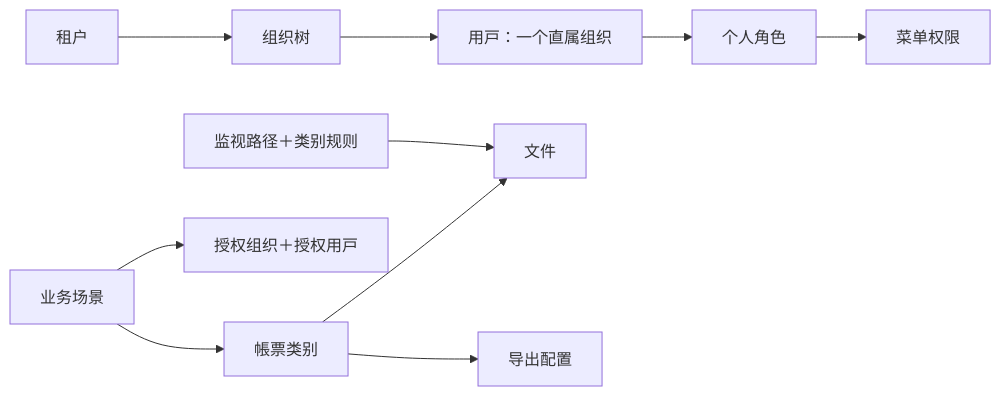
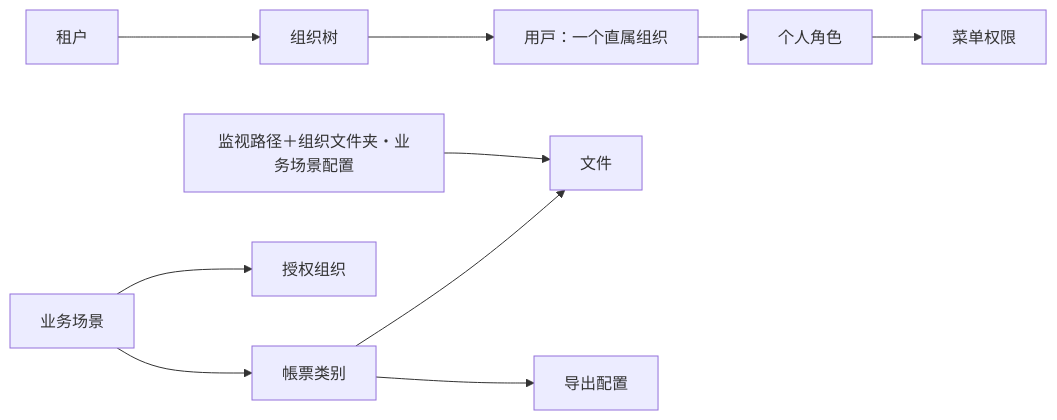
Before and after one commit to aruirage/Densan-Demo: the first of 2 diagrams in demo/PRD.zh-CN.md, drawn with Mermaid. The commit also changed other lines of this file and 8 other files, not shown here.

````diff
--- a/demo/PRD.zh-CN.md
+++ b/demo/PRD.zh-CN.md
@@ -59,12 +40,12 @@
 ```mermaid
 flowchart LR
   T[租户] --> O[组织树]
   O --> U[用户：一个直属组织]
   U --> R[个人角色]
   R --> M[菜单权限]
   S[业务场景] --> C[帳票类别]
-  S --> A[授权组织＋授权用户]
+  S --> A[授权组织]
   C --> F[文件]
   C --> E[导出配置]
-  W[监视路径＋类别规则] --> F
+  W[监视路径＋组织文件夹・业务场景配置] --> F
 ```
````
